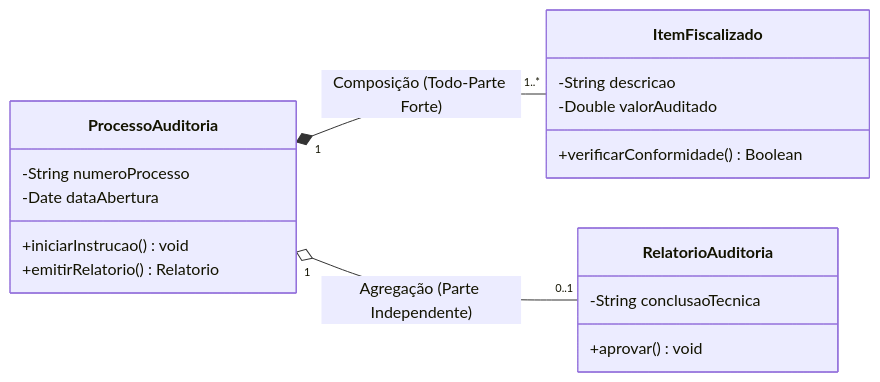
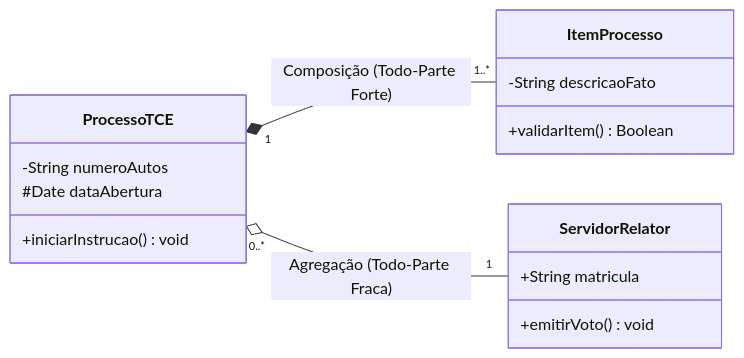
The second of 3 diagrams in fontes_de_estudo/conhecimentos_especificos_b02_ti/04_engenharia_de_software/02_requisitos_historias_de_usuario_uml_e_bpmn.md (thiagosantos346/TCE-GO-2027), drawn with Mermaid before and after one commit. The commit also changed other lines of this file and 119 other files, not shown here.

````diff
--- a/fontes_de_estudo/conhecimentos_especificos_b02_ti/04_engenharia_de_software/02_requisitos_historias_de_usuario_uml_e_bpmn.md
+++ b/fontes_de_estudo/conhecimentos_especificos_b02_ti/04_engenharia_de_software/02_requisitos_historias_de_usuario_uml_e_bpmn.md
@@ -118,21 +170,19 @@
 ```mermaid
 classDiagram
     direction LR
-    class ProcessoAuditoria {
-        -String numeroProcesso
-        -Date dataAbertura
+    class ProcessoTCE {
+        -String numeroAutos
+        #Date dataAbertura
         +iniciarInstrucao() void
-        +emitirRelatorio() Relatorio
     }
-    class ItemFiscalizado {
-        -String descricao
-        -Double valorAuditado
-        +verificarConformidade() Boolean
+    class ItemProcesso {
+        -String descricaoFato
+        +validarItem() Boolean
     }
-    class RelatorioAuditoria {
-        -String conclusaoTecnica
-        +aprovar() void
+    class ServidorRelator {
+        +String matricula
+        +emitirVoto() void
     }
-    ProcessoAuditoria "1" *-- "1..*" ItemFiscalizado : Composição (Todo-Parte Forte)
-    ProcessoAuditoria "1" o-- "0..1" RelatorioAuditoria : Agregação (Parte Independente)
+    ProcessoTCE "1" *-- "1..*" ItemProcesso : Composição (Todo-Parte Forte)
+    ProcessoTCE "0..*" o-- "1" ServidorRelator : Agregação (Todo-Parte Fraca)
 ```
````
